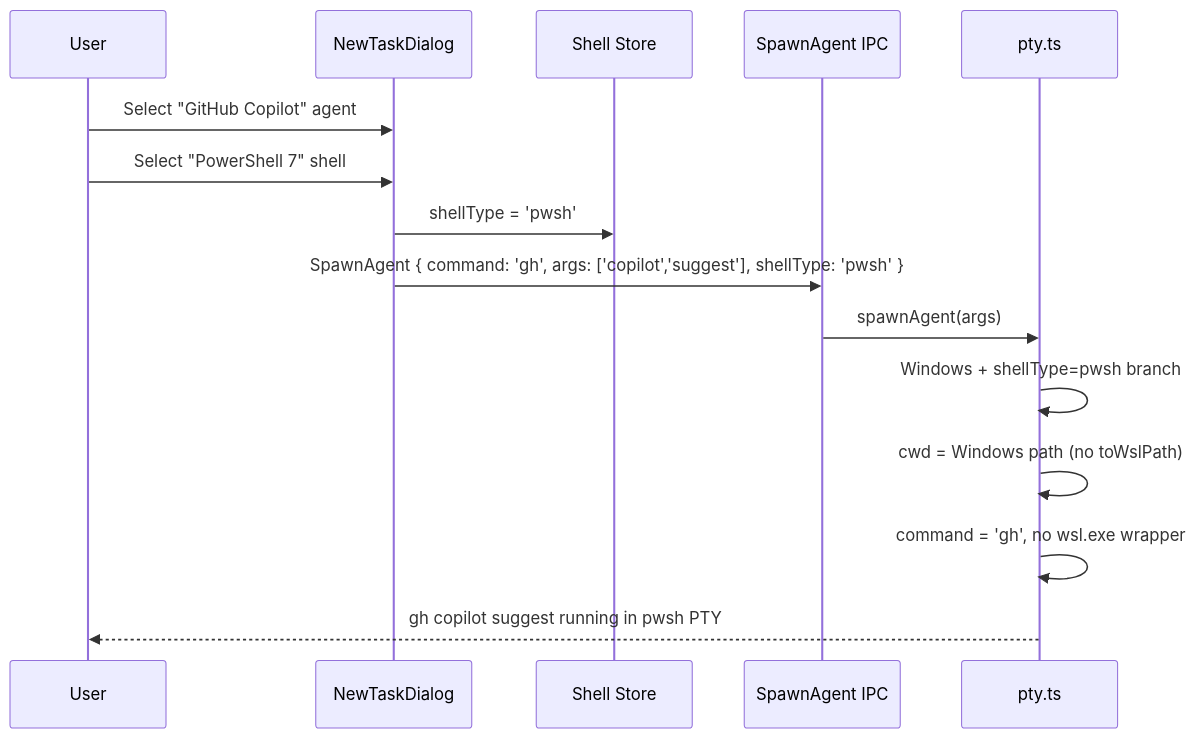
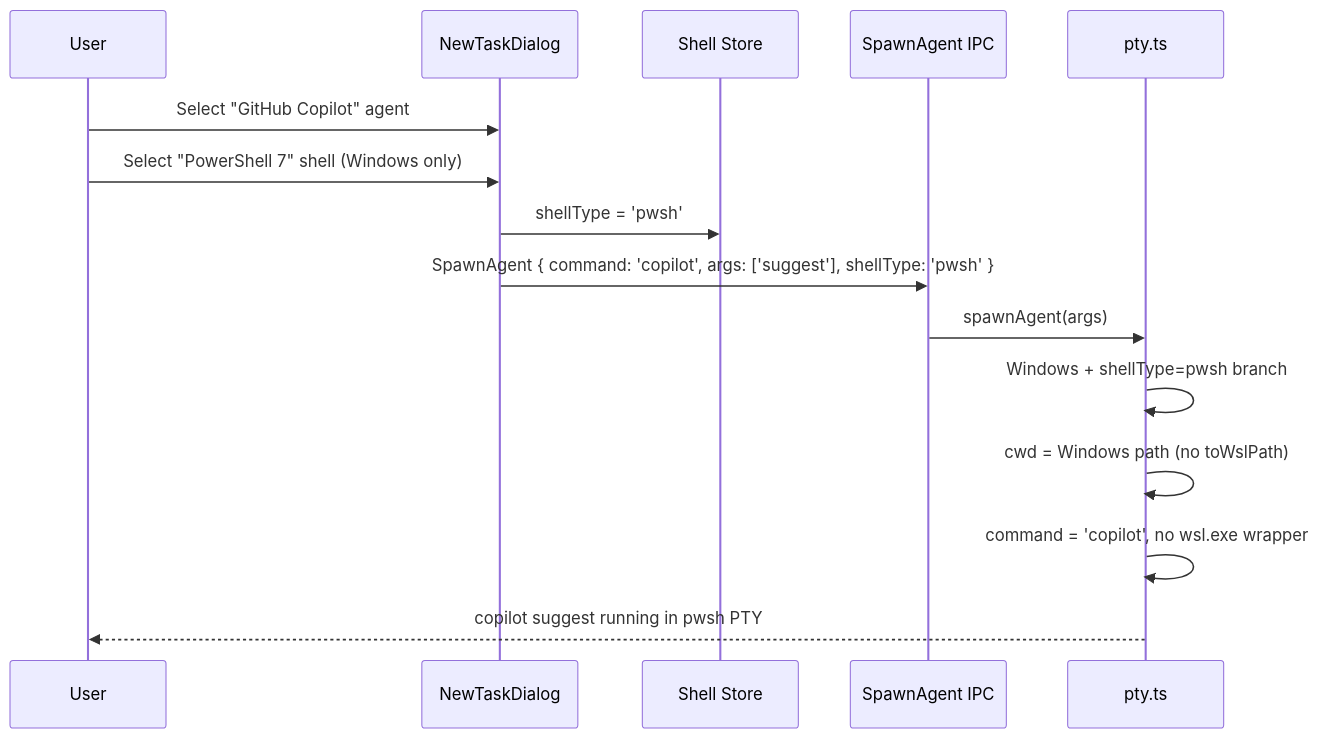
The fifth of 5 diagrams in docs/plans/2026-03-01-copilot-cli-agent-plan.md (mikecubed/parallel-code), drawn with Mermaid before and after one commit. The commit also changed other lines of this file, not shown here.

Commit message:
docs: update Copilot CLI plan to use standalone copilot binary and cover Linux/macOS

````diff
--- a/docs/plans/2026-03-01-copilot-cli-agent-plan.md
+++ b/docs/plans/2026-03-01-copilot-cli-agent-plan.md
@@ -208,18 +215,18 @@
 ```mermaid
 sequenceDiagram
     participant User
     participant UI as NewTaskDialog
     participant Store as Shell Store
     participant IPC as SpawnAgent IPC
     participant PTY as pty.ts
 
     User->>UI: Select "GitHub Copilot" agent
-    User->>UI: Select "PowerShell 7" shell
+    User->>UI: Select "PowerShell 7" shell (Windows only)
     UI->>Store: shellType = 'pwsh'
-    UI->>IPC: SpawnAgent { command: 'gh', args: ['copilot','suggest'], shellType: 'pwsh' }
+    UI->>IPC: SpawnAgent { command: 'copilot', args: ['suggest'], shellType: 'pwsh' }
     IPC->>PTY: spawnAgent(args)
     PTY->>PTY: Windows + shellType=pwsh branch
     PTY->>PTY: cwd = Windows path (no toWslPath)
-    PTY->>PTY: command = 'gh', no wsl.exe wrapper
-    PTY-->>User: gh copilot suggest running in pwsh PTY
+    PTY->>PTY: command = 'copilot', no wsl.exe wrapper
+    PTY-->>User: copilot suggest running in pwsh PTY
 ```
````
